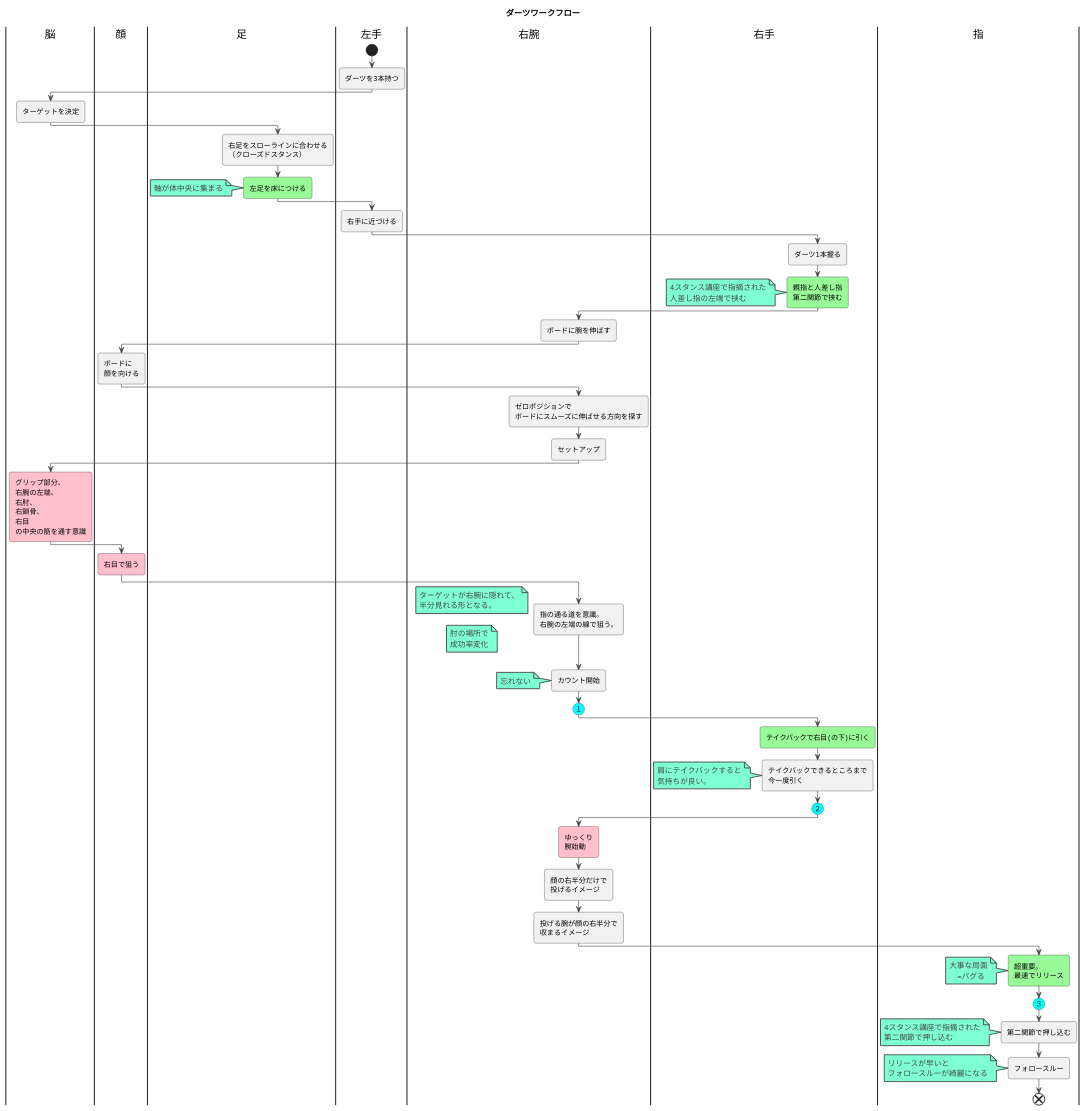
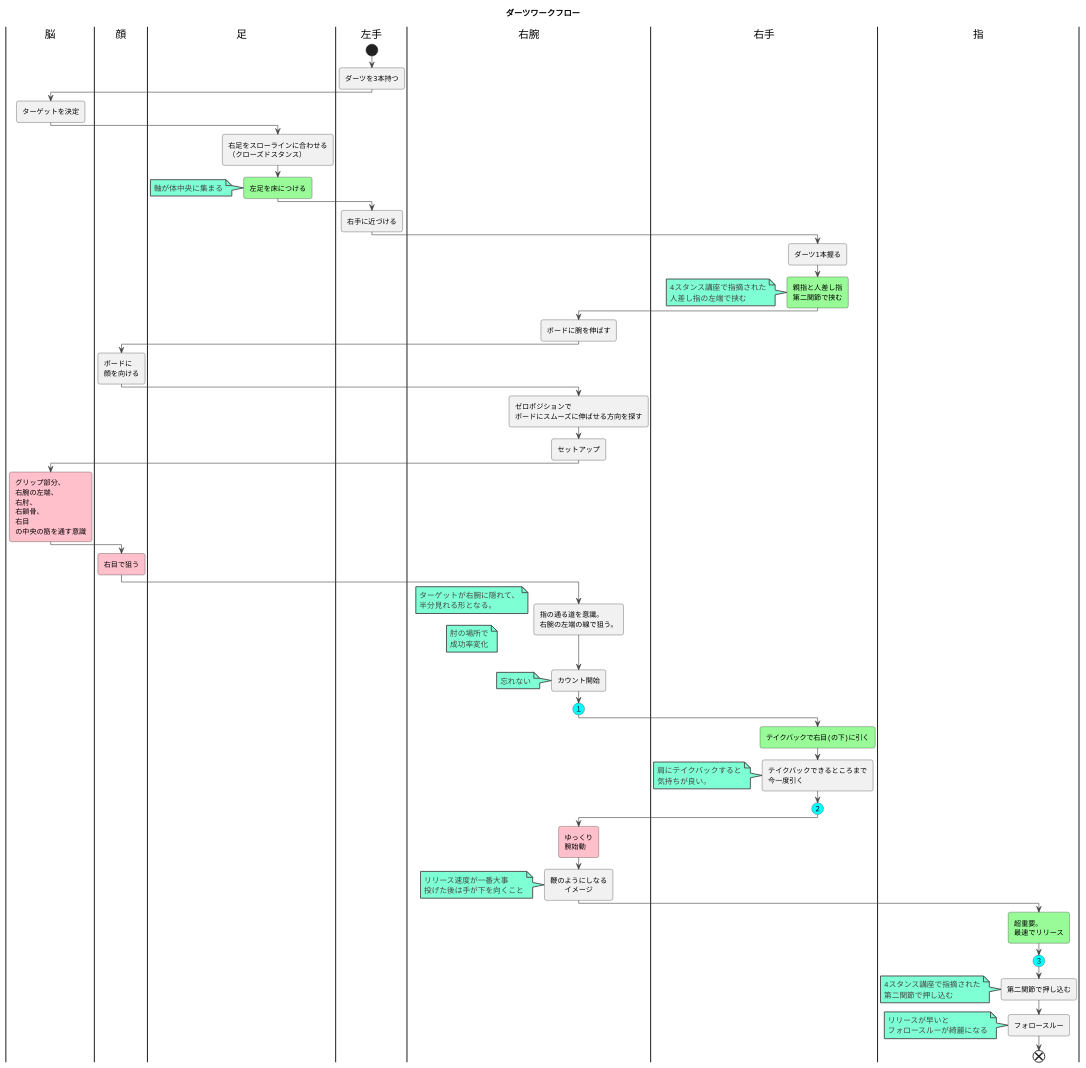
Before and after one commit to darts-cloud/dartsFlow: the diagram in dartsFlow.plantuml, drawn with PlantUML.

```diff
--- a/dartsFlow.plantuml
+++ b/dartsFlow.plantuml
@@ -1,142 +1,140 @@
 @startuml
 title ダーツワークフロー
 
 
 
 !theme vibrant
 
 |脳|
 |顔|
 |足|
 |左手|
 |右腕|
 |左手|
 start
 :ダーツを3本持つ;
 |脳|
 :ターゲットを決定;
 |足|
 :右足をスローラインに合わせる
 （クローズドスタンス）;
 #palegreen:左足を床につける;
 note
   軸が体中央に集まる
 end note
 /'
 ################
 ##pink:左足を右足よりも
 #後ろに下げる;
 ################
 '/
 
 |左手|
 :右手に近づける;
 |右手|
 :ダーツ1本握る;
 #palegreen:親指と人差し指
 第二関節で挟む;
 note
   4スタンス講座で指摘された
   人差し指の左端で挟む
 end note
 
 |右腕|
 :ボードに腕を伸ばす;
 
 |顔|
 :ボードに
 顔を向ける;
 |右腕|
 :ゼロポジションで
 ボードにスムーズに伸ばせる方向を探す;
 :セットアップ;
 |脳|
 #pink:グリップ部分、
 右腕の左端、
 右肘、
 右鎖骨、
 右目
 の中央の筋を通す意識;
 |顔|
 #pink:右目で狙う;
 |右腕|
 :指の通る道を意識。
 右腕の左端の線で狙う。;
 note
 ターゲットが右腕に隠れて、
 半分見れる形となる。
 end note
 
 note
 肘の場所で
 成功率変化
 end note
 
 |右腕|
 :カウント開始;
 
 note
     忘れない
 end note
 
 
 #Aqua:(１)
 
 |右手|
 
 #palegreen:テイクバックで右目(の下)に引く;
 
 :テイクバックできるところまで
 今一度引く;
 
 note
     肩にテイクバックすると
     気持ちが良い。
 end note
 
 #Aqua:(２)
 
 /'
 #pink:肘固定意識;
 note
     固定が甘い
     →飛ばない
 end note
 #pink:肘の裏側意識;
 note
     指の道が
     肘の左側
 end note
 '/
 
 |右腕|
 #pink:ゆっくり
 腕始動;
-:顔の右半分だけで
-投げるイメージ;
-:投げる腕が顔の右半分で
-収まるイメージ;
+:鞭のようにしなる
+　　イメージ;
+note
+  リリース速度が一番大事
+  投げた後は手が下を向くこと
+end note
 |指|
 #palegreen:超重要。
 最速でリリース;
-note
-    大事な局面
-        =バグる 
-end note
 
 #Aqua:(３)
 
 :第二関節で押し込む;
 note
   4スタンス講座で指摘された
   第二関節で押し込む
 end note
 
 :フォロースルー;
 note
   リリースが早いと
   フォロースルーが綺麗になる
 end note
 
 end
 @enduml
```
